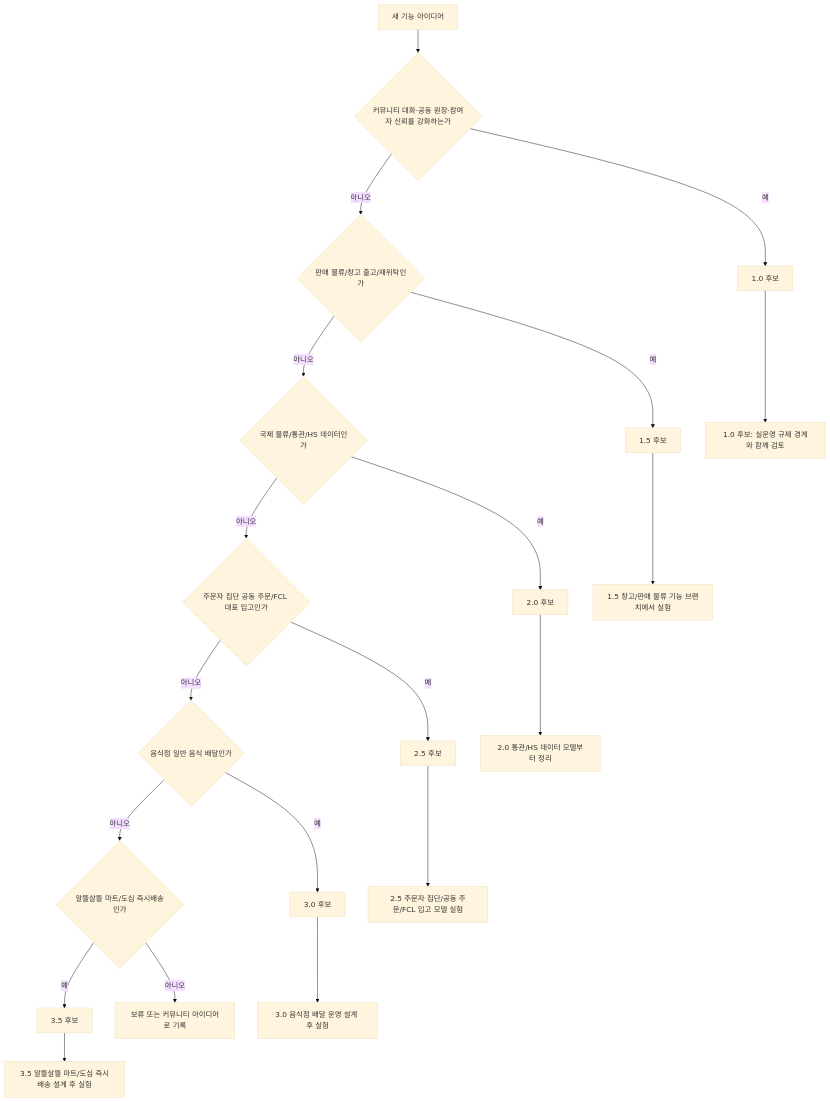
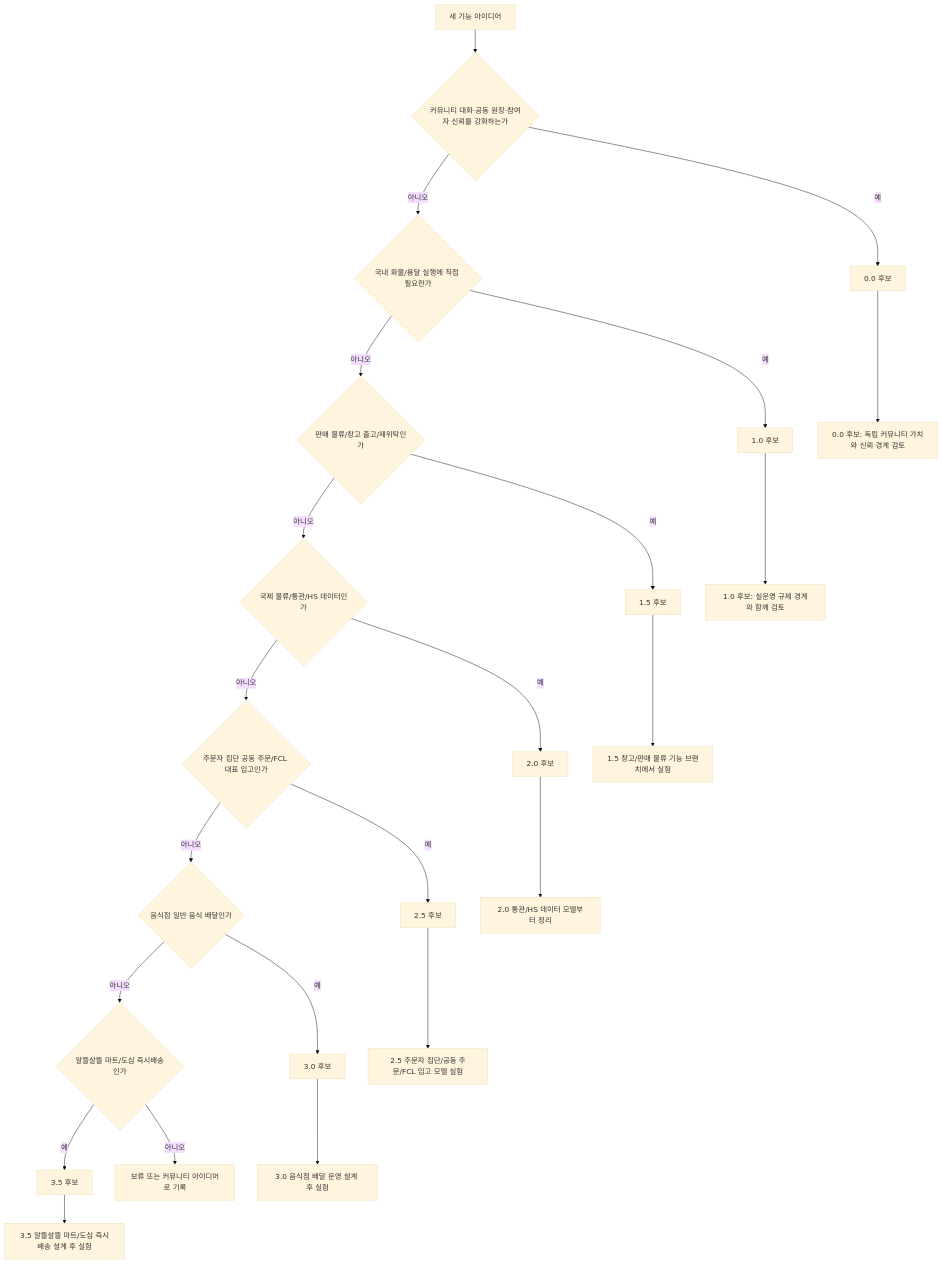
One commit to cheolwo/hongdal changed the second of 14 diagrams in Hongdal/README.md. Above: the diagram before and after it, drawn with Mermaid (base theme). The commit also changed other lines of this file and 62 other files, not shown here.

````diff
--- a/Hongdal/README.md
+++ b/Hongdal/README.md
@@ -118,22 +119,25 @@
 ```mermaid
 flowchart TD
     A["새 기능 아이디어"] --> B{"커뮤니티 대화·공동 원장·참여자 신뢰를 강화하는가"}
-    B -->|예| C["1.0 후보"]
-    B -->|아니오| F{"판매 물류/창고 출고/재위탁인가"}
+    B -->|예| C["0.0 후보"]
+    B -->|아니오| U{"국내 화물/용달 실행에 직접 필요한가"}
+    U -->|예| V["1.0 후보"]
+    U -->|아니오| F{"판매 물류/창고 출고/재위탁인가"}
     F -->|예| G["1.5 후보"]
     F -->|아니오| D{"국제 물류/통관/HS 데이터인가"}
     D -->|예| E["2.0 후보"]
     D -->|아니오| O{"주문자 집단 공동 주문/FCL 대표 입고인가"}
     O -->|예| P["2.5 후보"]
     O -->|아니오| H{"음식점 일반 음식 배달인가"}
     H -->|예| L["3.0 후보"]
     H -->|아니오| R{"알뜰살뜰 마트/도심 즉시배송인가"}
     R -->|예| S["3.5 후보"]
     R -->|아니오| M["보류 또는 커뮤니티 아이디어로 기록"]
-    C --> I["1.0 후보: 실운영 규제 경계와 함께 검토"]
+    C --> I["0.0 후보: 독립 커뮤니티 가치와 신뢰 경계 검토"]
+    V --> W["1.0 후보: 실운영 규제 경계와 함께 검토"]
     E --> J["2.0 통관/HS 데이터 모델부터 정리"]
     G --> K["1.5 창고/판매 물류 기능 브랜치에서 실험"]
     P --> Q["2.5 주문자 집단/공동 주문/FCL 입고 모델 실험"]
     L --> N["3.0 음식점 배달 운영 설계 후 실험"]
     S --> T["3.5 알뜰살뜰 마트/도심 즉시배송 설계 후 실험"]
 ```
````
